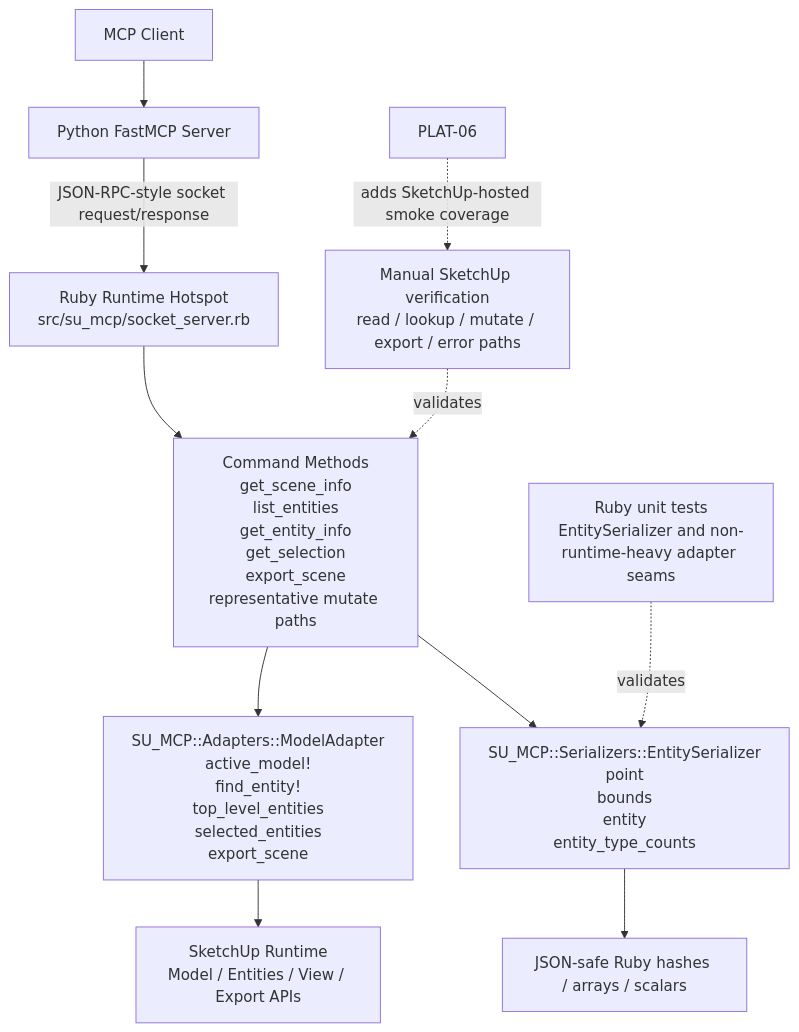
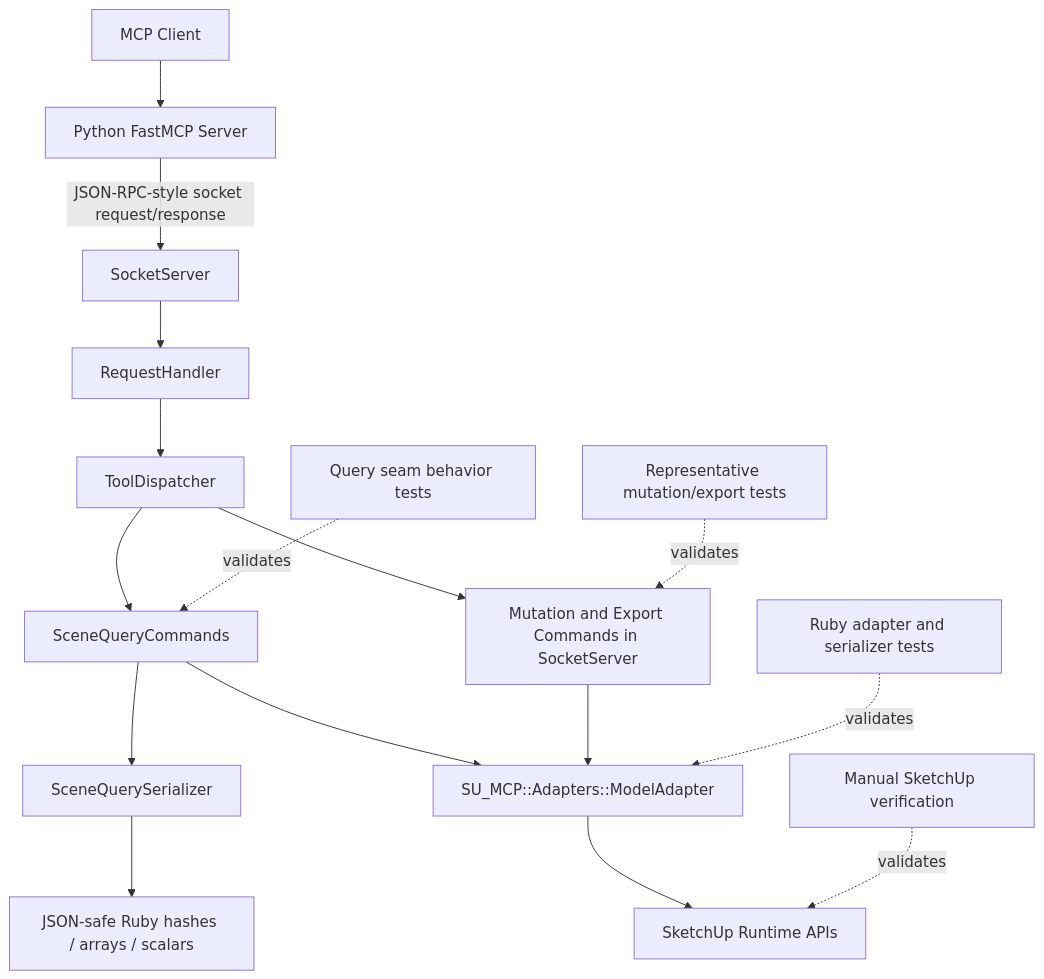
Before and after one commit to SidhNor/sketchup-mcp-server: the diagram in specifications/tasks/platform/PLAT-02-extract-ruby-sketchup-adapters-and-serializers/plan.md, drawn with Mermaid. The commit also changed other lines of this file, not shown here.

Commit message:
docs(PLAT-02): update plan

````diff
--- a/specifications/tasks/platform/PLAT-02-extract-ruby-sketchup-adapters-and-serializers/plan.md
+++ b/specifications/tasks/platform/PLAT-02-extract-ruby-sketchup-adapters-and-serializers/plan.md
@@ -135,16 +121,22 @@
 ```mermaid
 flowchart TD
     client[MCP Client] --> py[Python FastMCP Server]
-    py -->|JSON-RPC-style socket request/response| runtime[Ruby Runtime Hotspot<br/>src/su_mcp/socket_server.rb]
+    py -->|JSON-RPC-style socket request/response| socket[SocketServer]
 
-    runtime --> commands[Command Methods<br/>get_scene_info<br/>list_entities<br/>get_entity_info<br/>get_selection<br/>export_scene<br/>representative mutate paths]
-    commands --> adapter[SU_MCP::Adapters::ModelAdapter<br/>active_model!<br/>find_entity!<br/>top_level_entities<br/>selected_entities<br/>export_scene]
-    commands --> serializer[SU_MCP::Serializers::EntitySerializer<br/>point<br/>bounds<br/>entity<br/>entity_type_counts]
+    socket --> router[RequestHandler]
+    router --> dispatcher[ToolDispatcher]
+    dispatcher --> readcmds[SceneQueryCommands]
+    dispatcher --> mutcmds[Mutation and Export Commands in SocketServer]
 
-    adapter --> sketchup[SketchUp Runtime<br/>Model / Entities / View / Export APIs]
+    readcmds --> adapter[SU_MCP::Adapters::ModelAdapter]
+    mutcmds --> adapter
+    readcmds --> serializer[SceneQuerySerializer]
+
+    adapter --> sketchup[SketchUp Runtime APIs]
     serializer --> payloads[JSON-safe Ruby hashes / arrays / scalars]
 
-    tests_unit[Ruby unit tests<br/>EntitySerializer and non-runtime-heavy adapter seams] -. validates .-> serializer
-    tests_manual[Manual SketchUp verification<br/>read / lookup / mutate / export / error paths] -. validates .-> commands
-    plat06[PLAT-06] -. adds SketchUp-hosted smoke coverage .-> tests_manual
+    tests_unit[Ruby adapter and serializer tests] -. validates .-> adapter
+    tests_read[Query seam behavior tests] -. validates .-> readcmds
+    tests_runtime[Representative mutation/export tests] -. validates .-> mutcmds
+    tests_manual[Manual SketchUp verification] -. validates .-> sketchup
 ```
````
